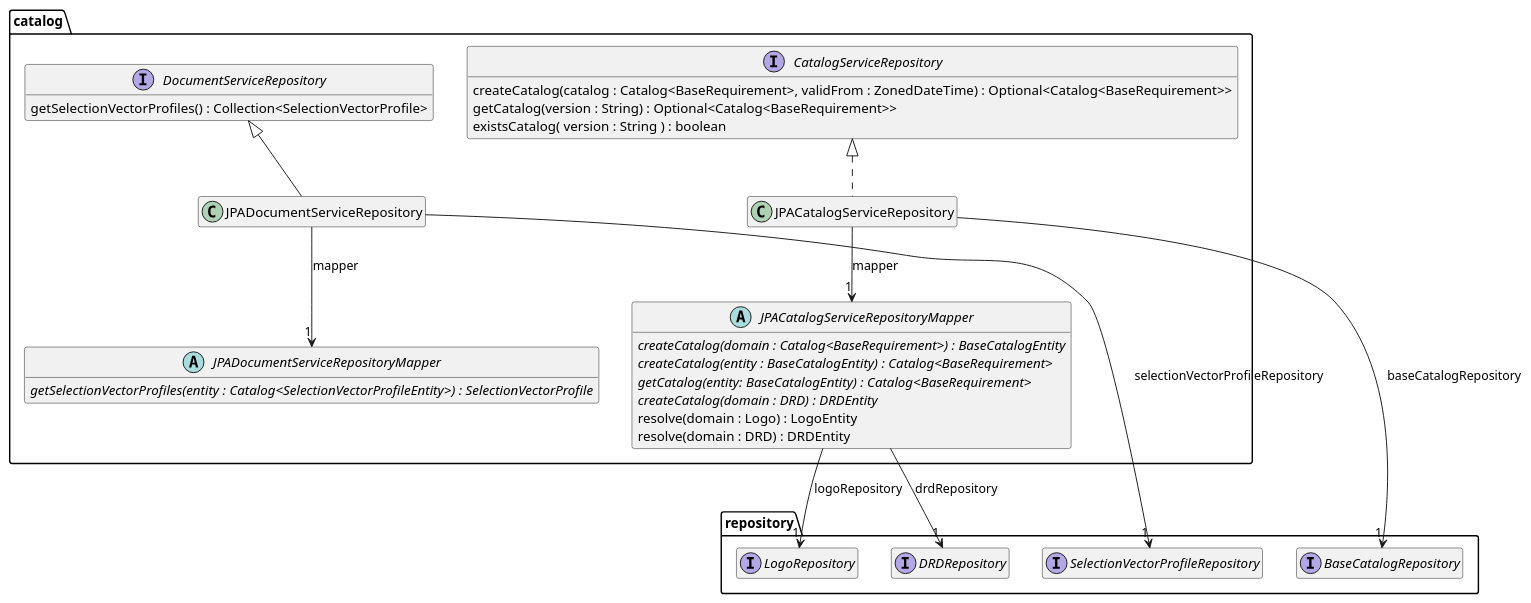
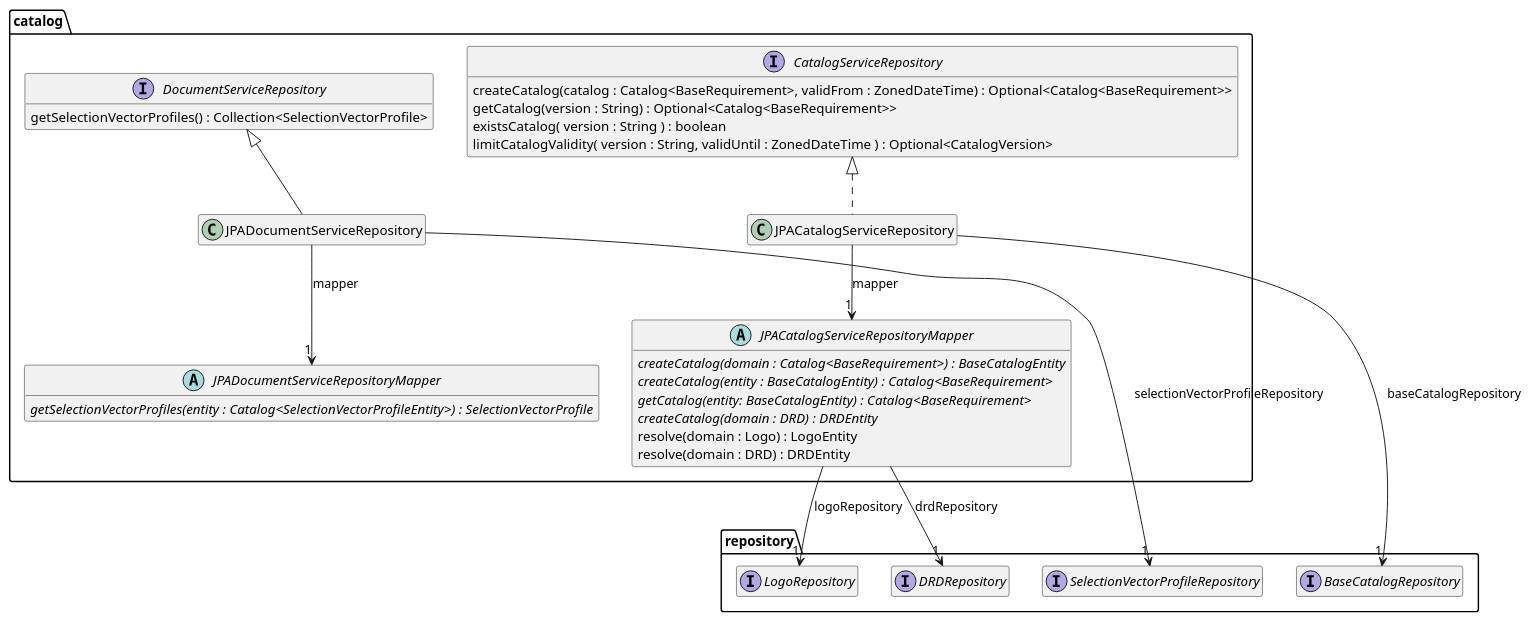
The diagram in src/site/arc42/plantuml/data-jpa/catalog/Ebene3.plantuml (tailoringexpert/platform), drawn with PlantUML before and after one commit. The commit also changed 24 other files, not shown here.

```diff
--- a/src/site/arc42/plantuml/data-jpa/catalog/Ebene3.plantuml
+++ b/src/site/arc42/plantuml/data-jpa/catalog/Ebene3.plantuml
@@ -1,51 +1,52 @@
 @startuml Ebene3.png
 hide empty members
 
 package repository {
     interface BaseCatalogRepository
     interface LogoRepository
     interface DRDRepository
     interface SelectionVectorProfileRepository
 
 }
 package catalog {
     interface CatalogServiceRepository {
         createCatalog(catalog : Catalog<BaseRequirement>, validFrom : ZonedDateTime) : Optional<Catalog<BaseRequirement>>
         getCatalog(version : String) : Optional<Catalog<BaseRequirement>>
         existsCatalog( version : String ) : boolean
+        limitCatalogValidity( version : String, validUntil : ZonedDateTime ) : Optional<CatalogVersion>
     }
 
     abstract JPACatalogServiceRepositoryMapper {
         {abstract} createCatalog(domain : Catalog<BaseRequirement>) : BaseCatalogEntity
         {abstract} createCatalog(entity : BaseCatalogEntity) : Catalog<BaseRequirement>
         {abstract} getCatalog(entity: BaseCatalogEntity) : Catalog<BaseRequirement>
         {abstract} createCatalog(domain : DRD) : DRDEntity
         resolve(domain : Logo) : LogoEntity
         resolve(domain : DRD) : DRDEntity
     }
     JPACatalogServiceRepositoryMapper --> "1" LogoRepository : logoRepository
     JPACatalogServiceRepositoryMapper --> "1" DRDRepository : drdRepository
 
     class JPACatalogServiceRepository {
     }
 
     CatalogServiceRepository <|.. JPACatalogServiceRepository
     JPACatalogServiceRepository --> "1" JPACatalogServiceRepositoryMapper : mapper
     JPACatalogServiceRepository --> "1" BaseCatalogRepository : baseCatalogRepository
 
     abstract JPADocumentServiceRepositoryMapper {
         {abstract} getSelectionVectorProfiles(entity : Catalog<SelectionVectorProfileEntity>) : SelectionVectorProfile
     }
 
     interface DocumentServiceRepository {
         getSelectionVectorProfiles() : Collection<SelectionVectorProfile>
     }
 
     class JPADocumentServiceRepository {
     }
     DocumentServiceRepository <|-- JPADocumentServiceRepository
     JPADocumentServiceRepository --> "1" JPADocumentServiceRepositoryMapper : mapper
     JPADocumentServiceRepository --> "1" SelectionVectorProfileRepository : selectionVectorProfileRepository
 }
 
 @enduml
```
